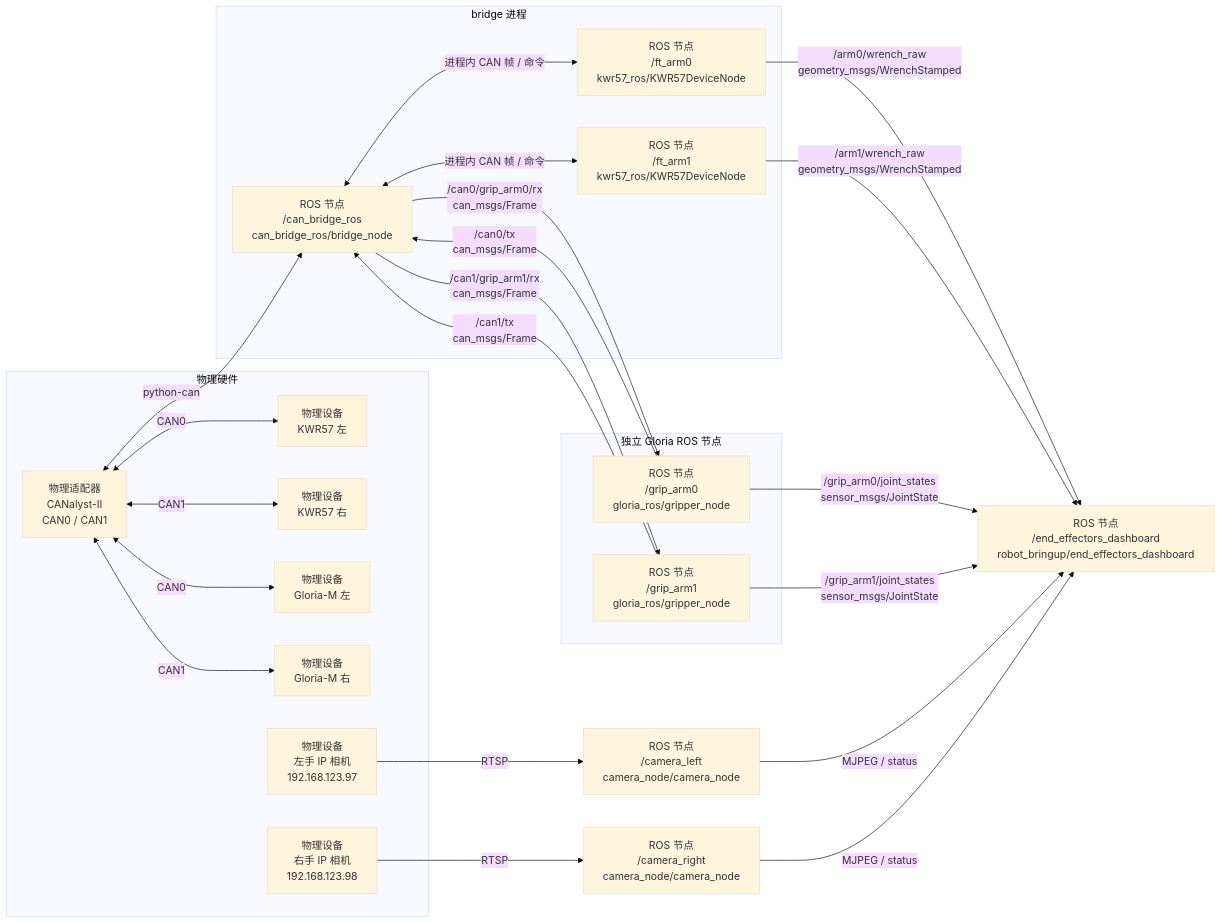
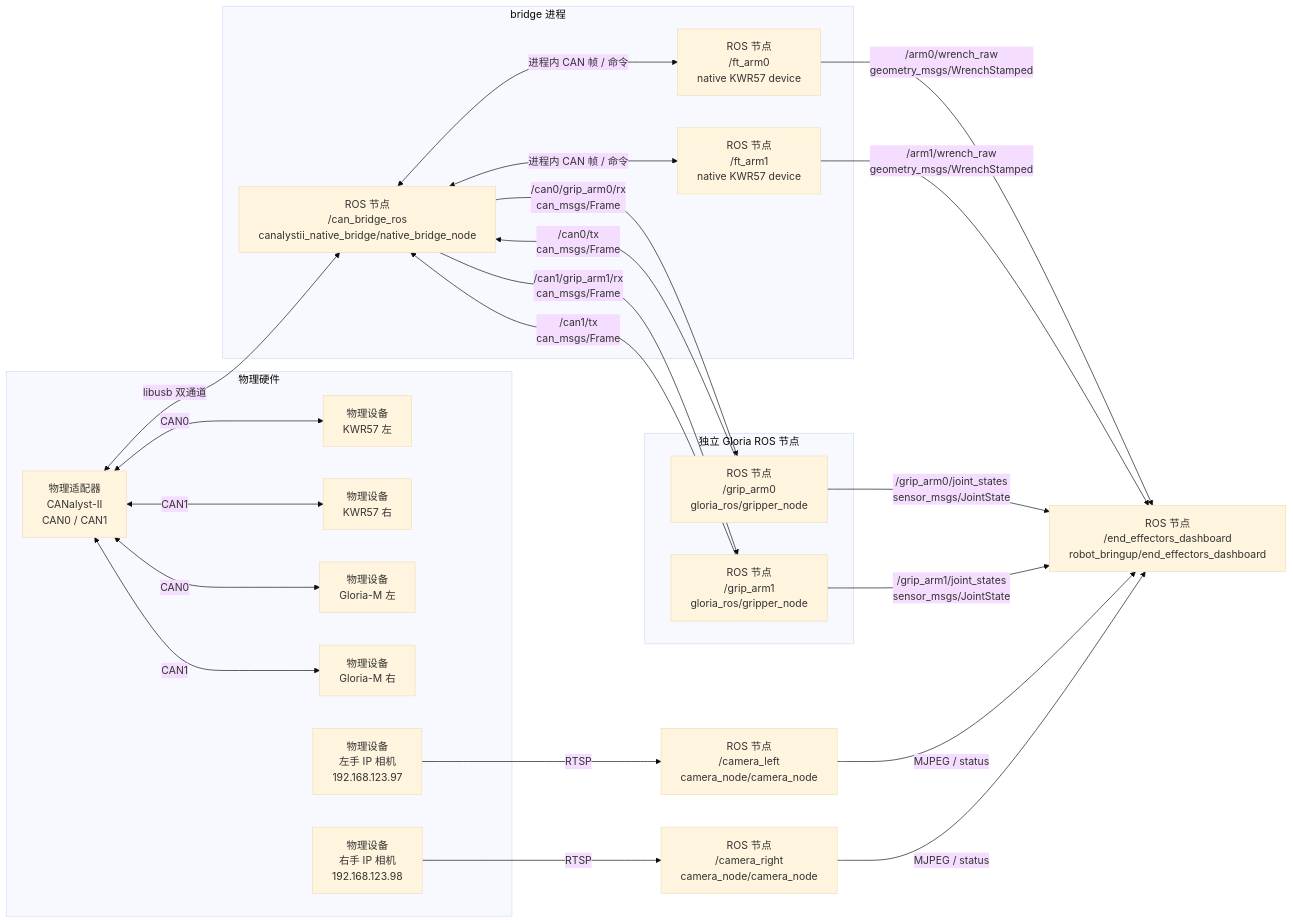
The first of 2 diagrams in src/robot_bringup/README.md (yizhongzhang1989/Unitree_G1_Workspace), drawn with Mermaid (base theme) before and after one commit. The commit also changed other lines of this file and 93 other files, not shown here.

````diff
--- a/src/robot_bringup/README.md
+++ b/src/robot_bringup/README.md
@@ -18,48 +18,48 @@
 ```mermaid
 flowchart LR
   subgraph HW["物理硬件"]
     CAN["物理适配器<br/>CANalyst-II<br/>CAN0 / CAN1"]
     KF1["物理设备<br/>KWR57 左"]
     KF2["物理设备<br/>KWR57 右"]
     GM1["物理设备<br/>Gloria-M 左"]
     GM2["物理设备<br/>Gloria-M 右"]
     CL["物理设备<br/>左手 IP 相机<br/>192.168.123.97"]
     CR["物理设备<br/>右手 IP 相机<br/>192.168.123.98"]
     CAN <-->|"CAN0"| KF1
     CAN <-->|"CAN1"| KF2
     CAN <-->|"CAN0"| GM1
     CAN <-->|"CAN1"| GM2
   end
 
   subgraph BP["bridge 进程"]
-    B["ROS 节点<br/>/can_bridge_ros<br/>can_bridge_ros/bridge_node"]
-    K1["ROS 节点<br/>/ft_arm0<br/>kwr57_ros/KWR57DeviceNode"]
-    K2["ROS 节点<br/>/ft_arm1<br/>kwr57_ros/KWR57DeviceNode"]
+    B["ROS 节点<br/>/can_bridge_ros<br/>canalystii_native_bridge/native_bridge_node"]
+    K1["ROS 节点<br/>/ft_arm0<br/>native KWR57 device"]
+    K2["ROS 节点<br/>/ft_arm1<br/>native KWR57 device"]
     B <-->|"进程内 CAN 帧 / 命令"| K1
     B <-->|"进程内 CAN 帧 / 命令"| K2
   end
 
   subgraph GP["独立 Gloria ROS 节点"]
     G1["ROS 节点<br/>/grip_arm0<br/>gloria_ros/gripper_node"]
     G2["ROS 节点<br/>/grip_arm1<br/>gloria_ros/gripper_node"]
   end
 
-  CAN <-->|"python-can"| B
+  CAN <-->|"libusb 双通道"| B
   B -->|"/can0/grip_arm0/rx<br/>can_msgs/Frame"| G1
   B -->|"/can1/grip_arm1/rx<br/>can_msgs/Frame"| G2
   G1 -->|"/can0/tx<br/>can_msgs/Frame"| B
   G2 -->|"/can1/tx<br/>can_msgs/Frame"| B
 
   WEB["ROS 节点<br/>/end_effectors_dashboard<br/>robot_bringup/end_effectors_dashboard"]
   K1 -->|"/arm0/wrench_raw<br/>geometry_msgs/WrenchStamped"| WEB
   K2 -->|"/arm1/wrench_raw<br/>geometry_msgs/WrenchStamped"| WEB
   G1 -->|"/grip_arm0/joint_states<br/>sensor_msgs/JointState"| WEB
   G2 -->|"/grip_arm1/joint_states<br/>sensor_msgs/JointState"| WEB
 
   CN1["ROS 节点<br/>/camera_left<br/>camera_node/camera_node"]
   CN2["ROS 节点<br/>/camera_right<br/>camera_node/camera_node"]
   CL -->|"RTSP"| CN1
   CR -->|"RTSP"| CN2
   CN1 -->|"MJPEG / status"| WEB
   CN2 -->|"MJPEG / status"| WEB
 ```
````
